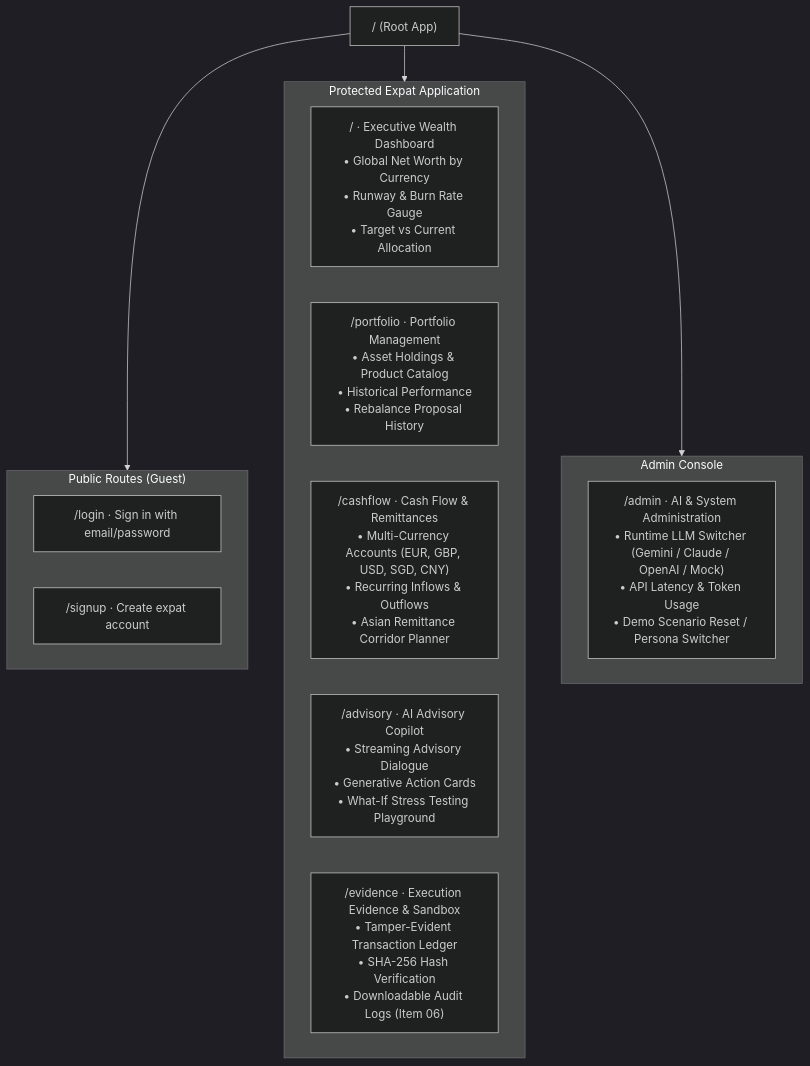
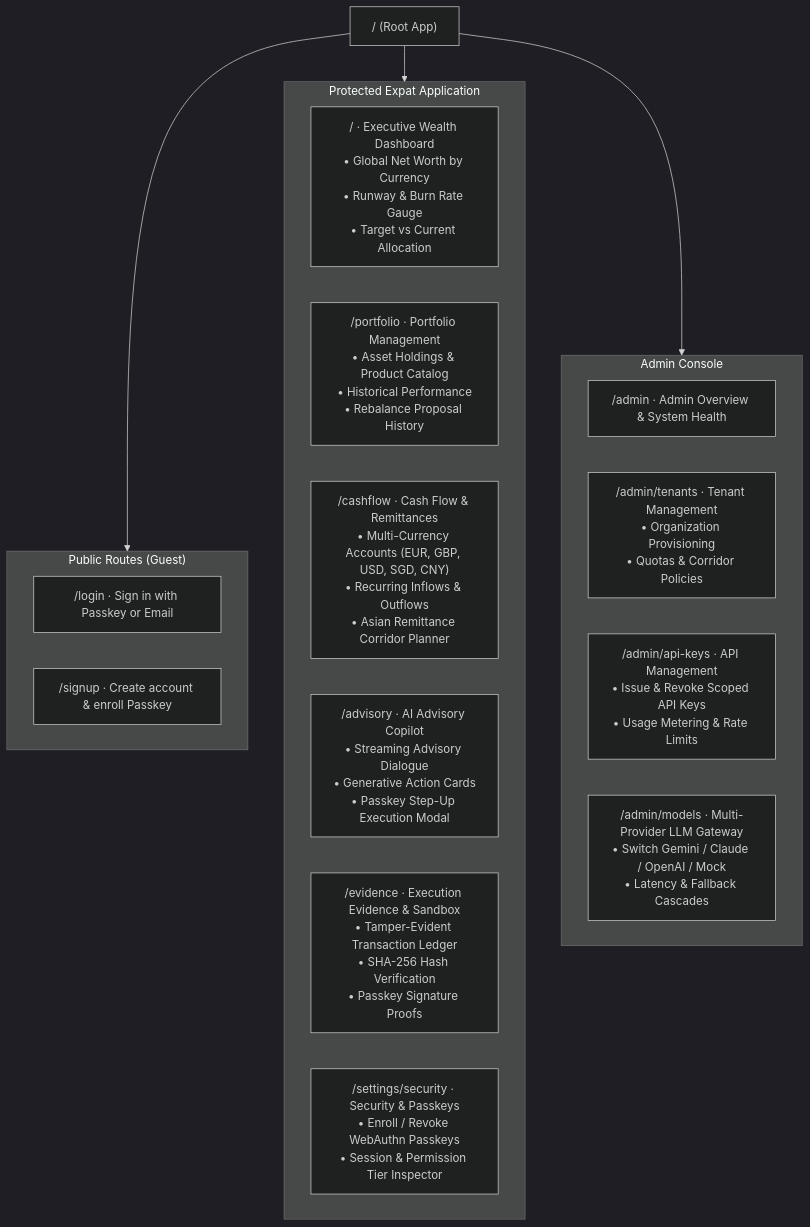
Before and after one commit to Nikhil-Mundhra/Wealth-Advisor: the second of 3 diagrams in IMPLEMENTATION_PLAN.md, drawn with Mermaid (dark theme). The commit also changed other lines of this file, not shown here.

Commit message:
feat(plan): add multi-tenant platform, API management, and WebAuthn Passkeys to roadmap

````diff
--- a/IMPLEMENTATION_PLAN.md
+++ b/IMPLEMENTATION_PLAN.md
@@ -117,25 +138,29 @@
 ```mermaid
 flowchart TD
     Root["/ (Root App)"]
     
     subgraph PublicRoutes["Public Routes (Guest)"]
-        Login["/login · Sign in with email/password"]
-        Signup["/signup · Create expat account"]
+        Login["/login · Sign in with Passkey or Email"]
+        Signup["/signup · Create account & enroll Passkey"]
     end
 
     subgraph ProtectedRoutes["Protected Expat Application"]
         Home["/ · Executive Wealth Dashboard\n• Global Net Worth by Currency\n• Runway & Burn Rate Gauge\n• Target vs Current Allocation"]
         Portfolio["/portfolio · Portfolio Management\n• Asset Holdings & Product Catalog\n• Historical Performance\n• Rebalance Proposal History"]
         Cashflow["/cashflow · Cash Flow & Remittances\n• Multi-Currency Accounts (EUR, GBP, USD, SGD, CNY)\n• Recurring Inflows & Outflows\n• Asian Remittance Corridor Planner"]
-        Advisory["/advisory · AI Advisory Copilot\n• Streaming Advisory Dialogue\n• Generative Action Cards\n• What-If Stress Testing Playground"]
-        Evidence["/evidence · Execution Evidence & Sandbox\n• Tamper-Evident Transaction Ledger\n• SHA-256 Hash Verification\n• Downloadable Audit Logs (Item 06)"]
+        Advisory["/advisory · AI Advisory Copilot\n• Streaming Advisory Dialogue\n• Generative Action Cards\n• Passkey Step-Up Execution Modal"]
+        Evidence["/evidence · Execution Evidence & Sandbox\n• Tamper-Evident Transaction Ledger\n• SHA-256 Hash Verification\n• Passkey Signature Proofs"]
+        SecuritySettings["/settings/security · Security & Passkeys\n• Enroll / Revoke WebAuthn Passkeys\n• Session & Permission Tier Inspector"]
     end
 
     subgraph AdminRoutes["Admin Console"]
-        Admin["/admin · AI & System Administration\n• Runtime LLM Switcher (Gemini / Claude / OpenAI / Mock)\n• API Latency & Token Usage\n• Demo Scenario Reset / Persona Switcher"]
+        AdminDashboard["/admin · Admin Overview & System Health"]
+        AdminTenants["/admin/tenants · Tenant Management\n• Organization Provisioning\n• Quotas & Corridor Policies"]
+        AdminApiKeys["/admin/api-keys · API Management\n• Issue & Revoke Scoped API Keys\n• Usage Metering & Rate Limits"]
+        AdminModels["/admin/models · Multi-Provider LLM Gateway\n• Switch Gemini / Claude / OpenAI / Mock\n• Latency & Fallback Cascades"]
     end
 
     Root --> PublicRoutes
     Root --> ProtectedRoutes
     Root --> AdminRoutes
 ```
````
